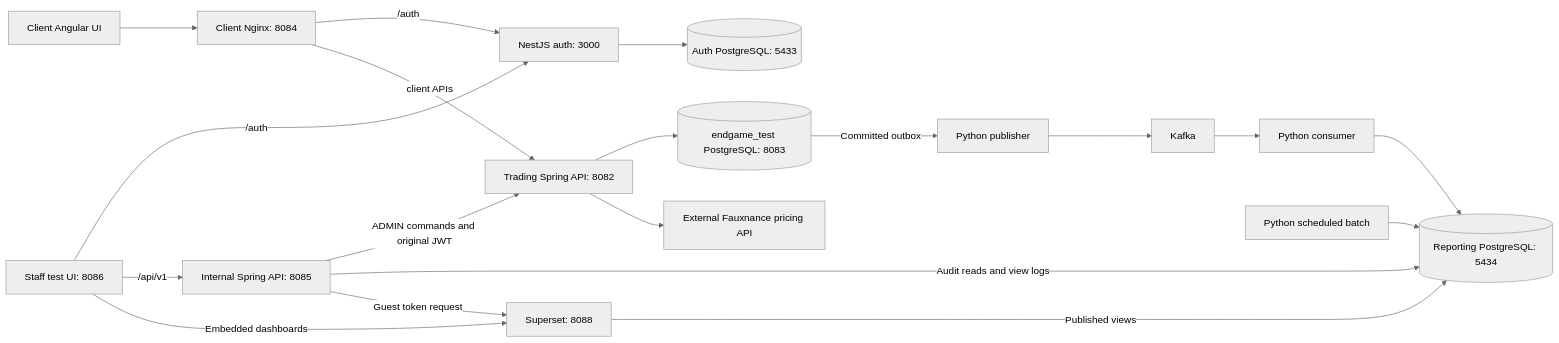
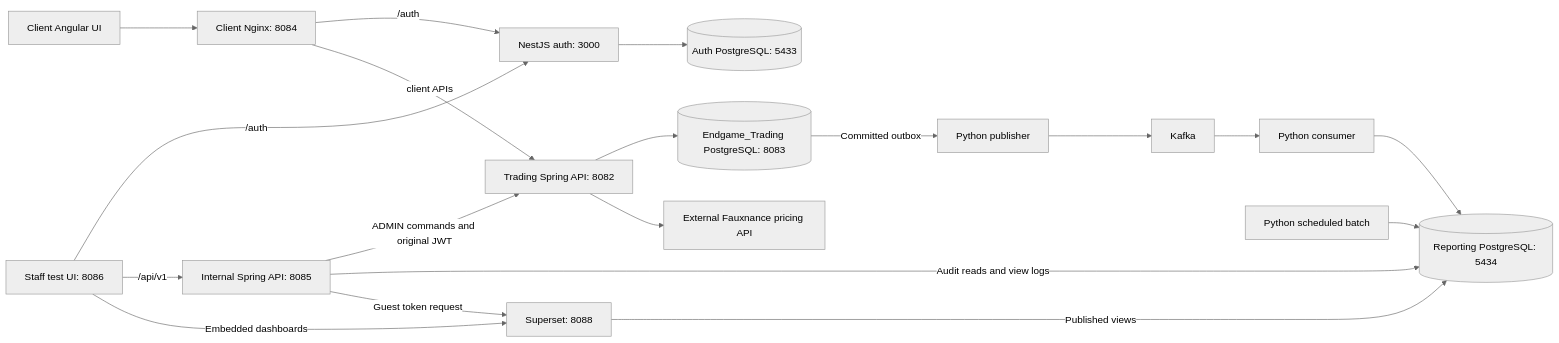
One commit to AidanJones14/asset-avengers-project changed the first of 3 diagrams in docs/project-guide.md. Above: the diagram before and after it, drawn with Mermaid (neutral theme). The commit also changed other lines of this file and 8 other files, not shown here.

Commit message:
Rename trading database to Endgame_Trading for AWS deployment

````diff
--- a/docs/project-guide.md
+++ b/docs/project-guide.md
@@ -65,21 +65,21 @@
 ```mermaid
 flowchart LR
     Browser[Client Angular UI] --> Nginx[Client Nginx: 8084]
     Staff[Staff test UI: 8086] -->|/auth| Auth[NestJS auth: 3000]
     Nginx -->|/auth| Auth
     Nginx -->|client APIs| Backend[Trading Spring API: 8082]
     Staff -->|/api/v1| Internal[Internal Spring API: 8085]
     Internal -->|ADMIN commands and original JWT| Backend
     Auth --> AuthDB[(Auth PostgreSQL: 5433)]
-    Backend --> TradingDB[(endgame_test PostgreSQL: 8083)]
+    Backend --> TradingDB[(Endgame_Trading PostgreSQL: 8083)]
     Backend --> Pricing[External Fauxnance pricing API]
     TradingDB -->|Committed outbox| Publisher[Python publisher]
     Publisher --> Kafka[Kafka]
     Kafka --> Consumer[Python consumer]
     Consumer --> Reporting[(Reporting PostgreSQL: 5434)]
     Internal -->|Audit reads and view logs| Reporting
     Batch[Python scheduled batch] --> Reporting
     Superset[Superset: 8088] -->|Published views| Reporting
     Staff -->|Embedded dashboards| Superset
     Internal -->|Guest token request| Superset
 ```
````
